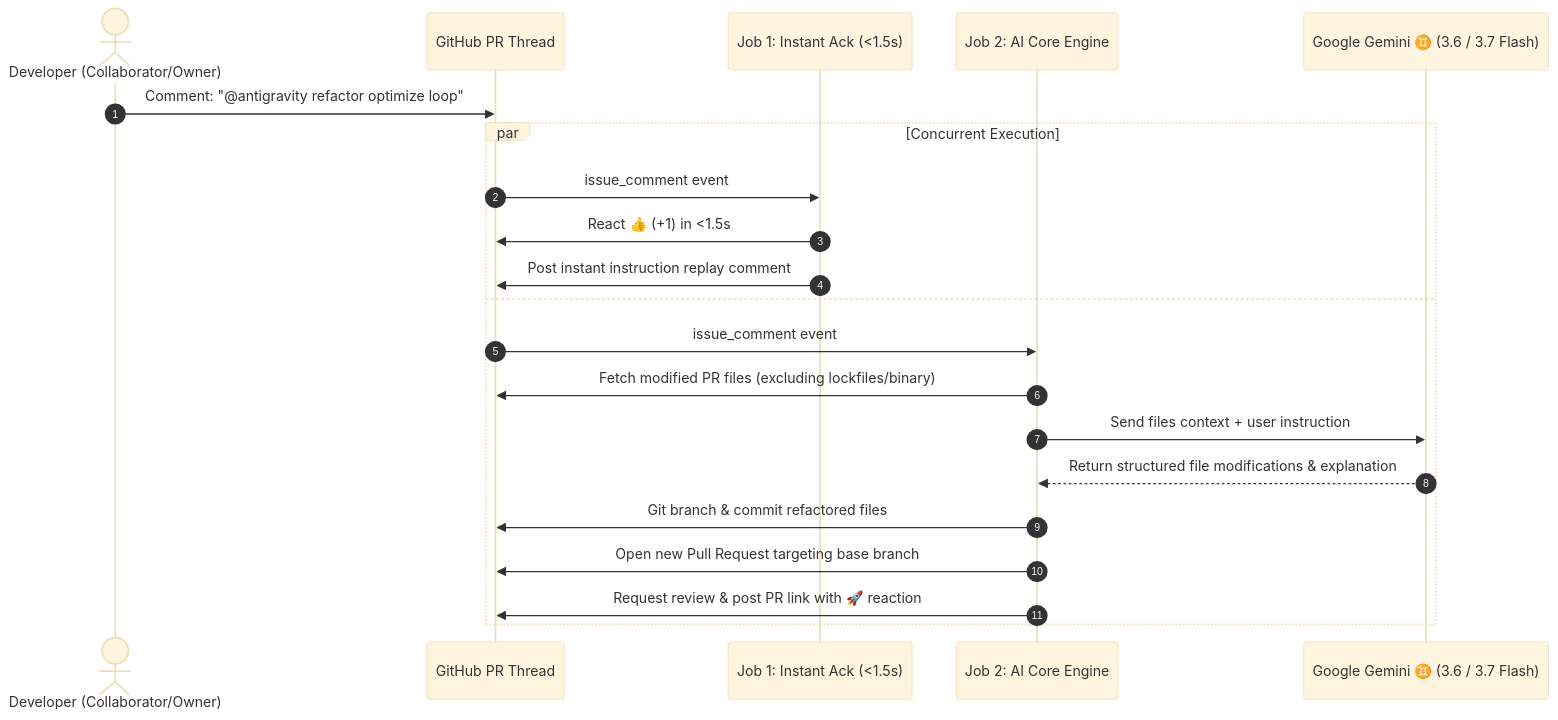
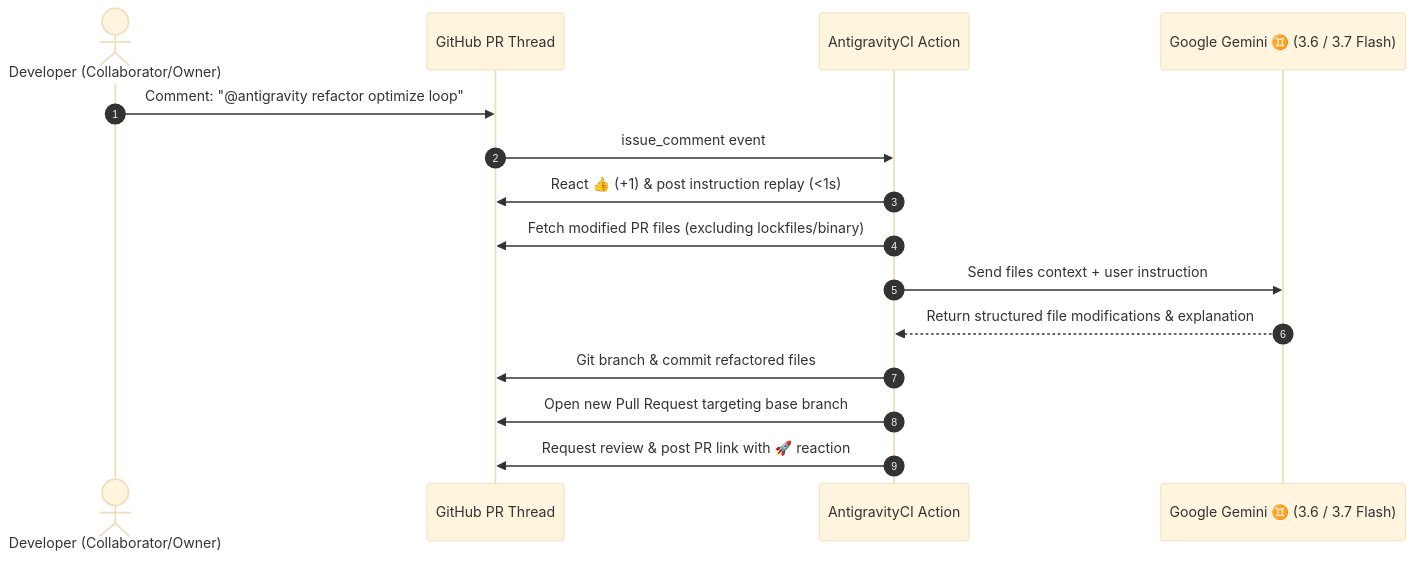
One commit to nivinvysakh/AntigravityCi changed the diagram in README.md. Above: the diagram before and after it, drawn with Mermaid (base theme). The commit also changed other lines of this file and 1 other file, not shown here.

Commit message:
refactor(workflow): condense to minimal 20-line single job workflow template

````diff
--- a/README.md
+++ b/README.md
@@ -189,24 +143,18 @@
 ```mermaid
 sequenceDiagram
     autonumber
     actor Collaborator as Developer (Collaborator/Owner)
     participant GH as GitHub PR Thread
-    participant AckJob as Job 1: Instant Ack (<1.5s)
-    participant EngineJob as Job 2: AI Core Engine
+    participant Action as AntigravityCI Action
     participant Gemini as Google Gemini ♊ (3.6 / 3.7 Flash)
 
     Collaborator->>GH: Comment: "@antigravity refactor optimize loop"
-    par Concurrent Execution
-        GH->>AckJob: issue_comment event
-        AckJob->>GH: React 👍 (+1) in <1.5s
-        AckJob->>GH: Post instant instruction replay comment
-    and
-        GH->>EngineJob: issue_comment event
-        EngineJob->>GH: Fetch modified PR files (excluding lockfiles/binary)
-        EngineJob->>Gemini: Send files context + user instruction
-        Gemini-->>EngineJob: Return structured file modifications & explanation
-        EngineJob->>GH: Git branch & commit refactored files
-        EngineJob->>GH: Open new Pull Request targeting base branch
-        EngineJob->>GH: Request review & post PR link with 🚀 reaction
-    end
+    GH->>Action: issue_comment event
+    Action->>GH: React 👍 (+1) & post instruction replay (<1s)
+    Action->>GH: Fetch modified PR files (excluding lockfiles/binary)
+    Action->>Gemini: Send files context + user instruction
+    Gemini-->>Action: Return structured file modifications & explanation
+    Action->>GH: Git branch & commit refactored files
+    Action->>GH: Open new Pull Request targeting base branch
+    Action->>GH: Request review & post PR link with 🚀 reaction
 ```
````
